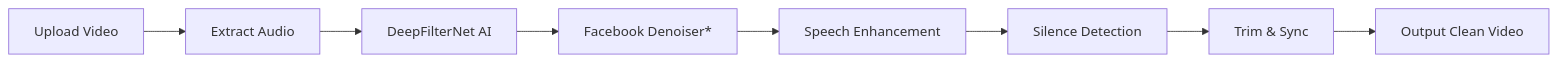
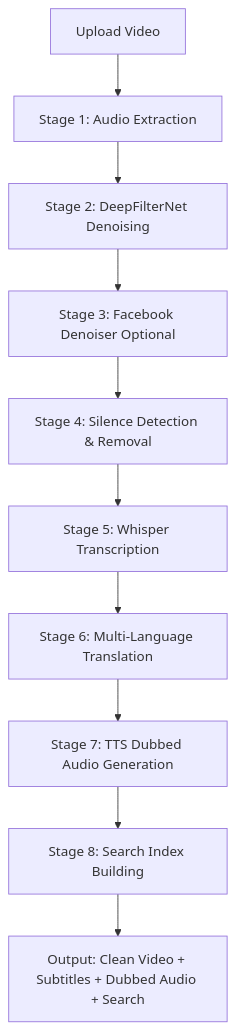
One commit to Veereshamaragatti/NoiseRemoval changed the diagram in README.md. Above: the diagram before and after it, drawn with Mermaid. The commit also changed other lines of this file, not shown here.

````diff
--- a/README.md
+++ b/README.md
@@ -275,10 +612,12 @@
 ```mermaid
-graph LR
-    A[Upload Video] --> B[Extract Audio]
-    B --> C[DeepFilterNet AI]
-    C --> D[Facebook Denoiser*]
-    D --> E[Speech Enhancement]
-    E --> F[Silence Detection]
-    F --> G[Trim & Sync]
-    G --> H[Output Clean Video]
+graph TB
+    A[Upload Video] --> B[Stage 1: Audio Extraction]
+    B --> C[Stage 2: DeepFilterNet Denoising]
+    C --> D[Stage 3: Facebook Denoiser Optional]
+    D --> E[Stage 4: Silence Detection & Removal]
+    E --> F[Stage 5: Whisper Transcription]
+    F --> G[Stage 6: Multi-Language Translation]
+    G --> H[Stage 7: TTS Dubbed Audio Generation]
+    H --> I[Stage 8: Search Index Building]
+    I --> J[Output: Clean Video + Subtitles + Dubbed Audio + Search]
 ```
````
